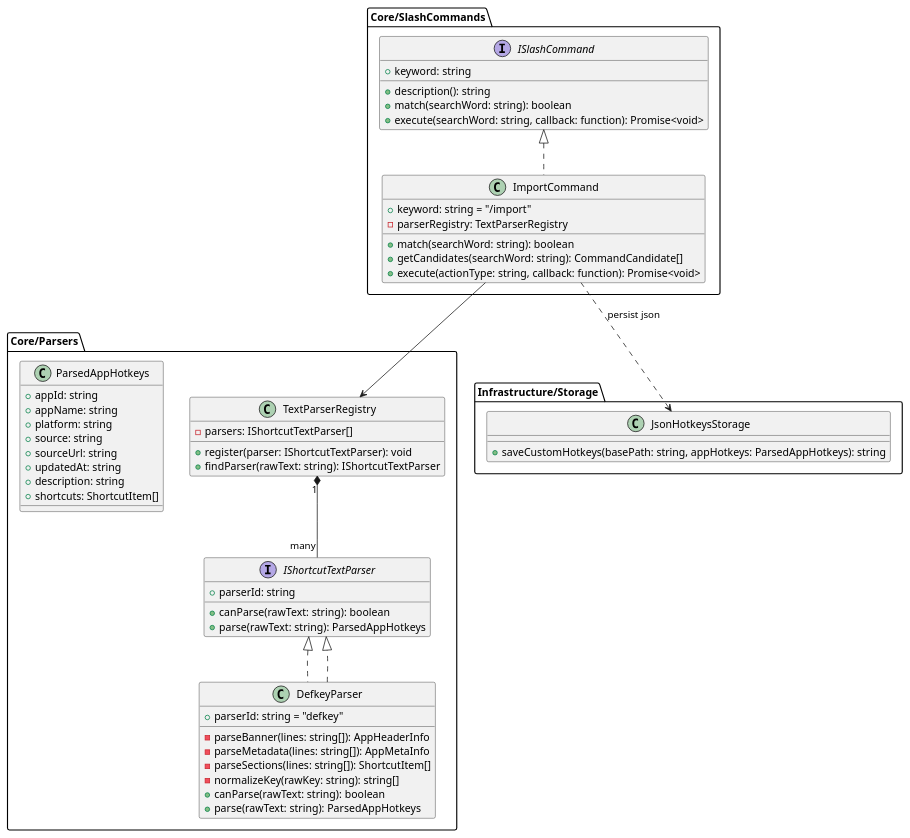
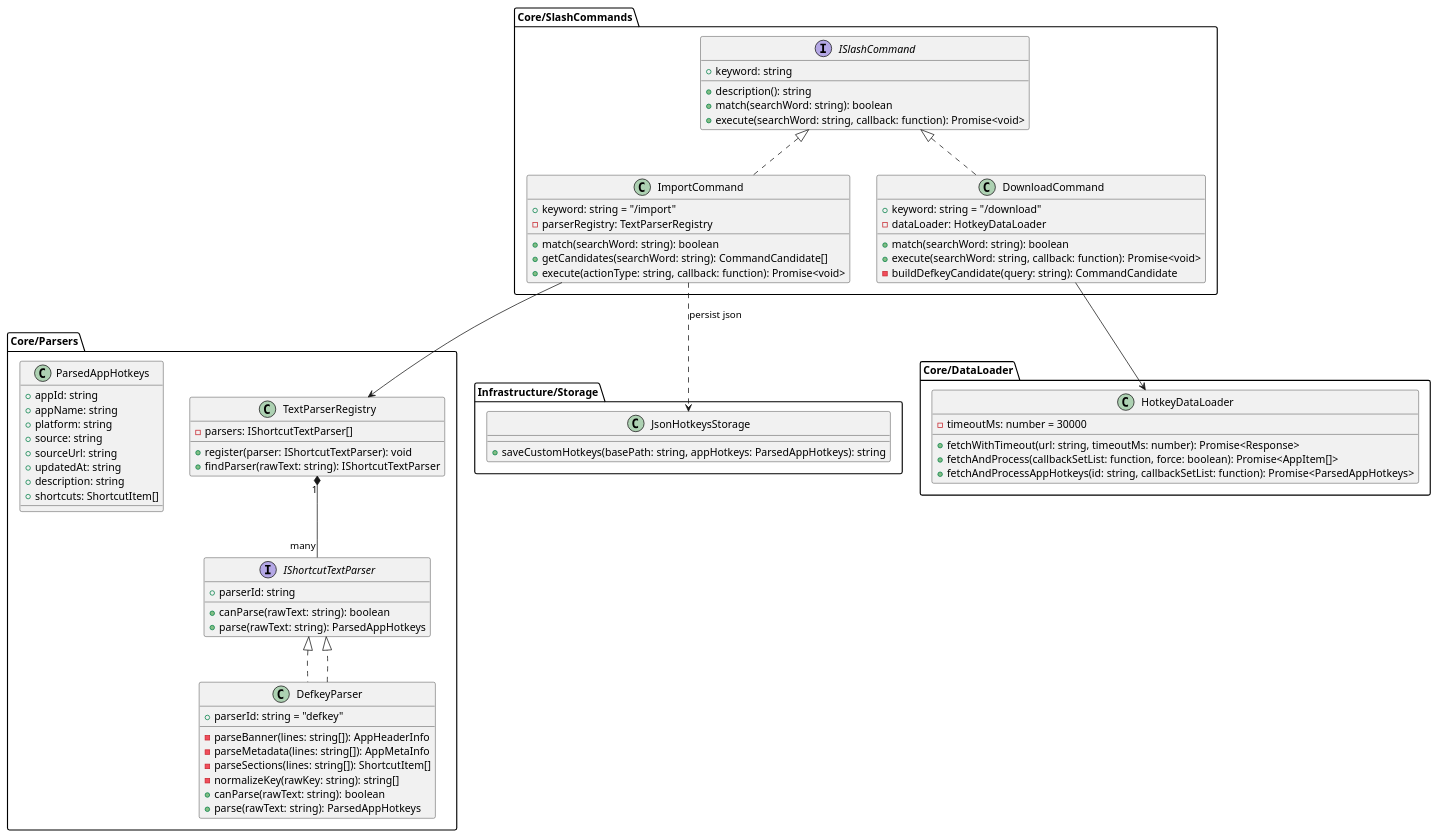
The first of 3 diagrams in docs/spec/archive/spec-00015-support-defkey-shortcuts-import.md (zhougy0717/utools_hotkeys), drawn with PlantUML before and after one commit. The commit also changed other lines of this file and 13 other files, not shown here.

````diff
--- a/docs/spec/archive/spec-00015-support-defkey-shortcuts-import.md
+++ b/docs/spec/archive/spec-00015-support-defkey-shortcuts-import.md
@@ -78,6 +115,14 @@
         + match(searchWord: string): boolean
         + getCandidates(searchWord: string): CommandCandidate[]
         + execute(actionType: string, callback: function): Promise<void>
+    }
+
+    class DownloadCommand implements ISlashCommand {
+        + keyword: string = "/download"
+        - dataLoader: HotkeyDataLoader
+        + match(searchWord: string): boolean
+        + execute(searchWord: string, callback: function): Promise<void>
+        - buildDefkeyCandidate(query: string): CommandCandidate
     }
 }
 
@@ -116,6 +161,15 @@
     }
 }
 
+package "Core/DataLoader" {
+    class HotkeyDataLoader {
+        - timeoutMs: number = 30000
+        + fetchWithTimeout(url: string, timeoutMs: number): Promise<Response>
+        + fetchAndProcess(callbackSetList: function, force: boolean): Promise<AppItem[]>
+        + fetchAndProcessAppHotkeys(id: string, callbackSetList: function): Promise<ParsedAppHotkeys>
+    }
+}
+
 package "Infrastructure/Storage" {
     class JsonHotkeysStorage {
         + saveCustomHotkeys(basePath: string, appHotkeys: ParsedAppHotkeys): string
@@ -126,5 +180,6 @@
 TextParserRegistry "1" *-- "many" IShortcutTextParser
 DefkeyParser ..|> IShortcutTextParser
 ImportCommand ..> JsonHotkeysStorage : "persist json"
+DownloadCommand --> HotkeyDataLoader
 @enduml
 ```
````
